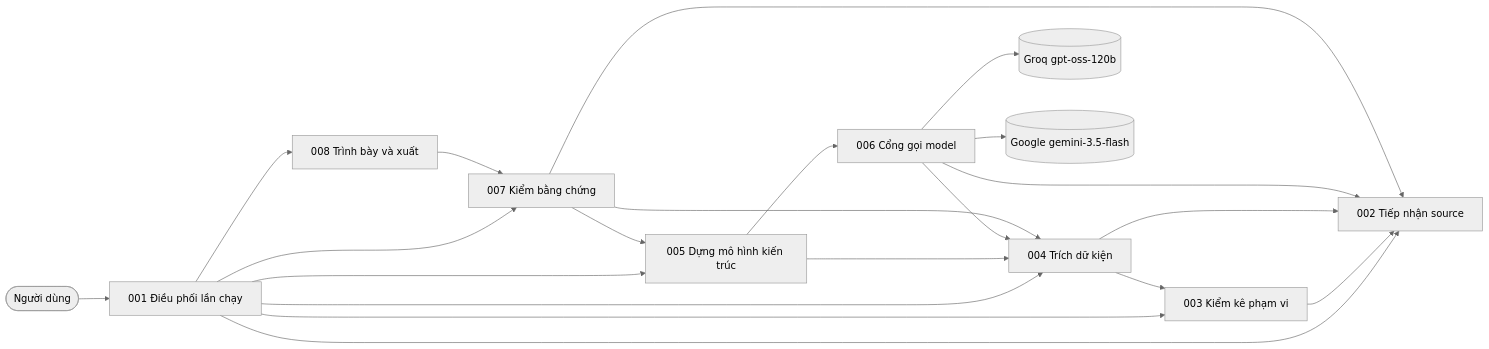
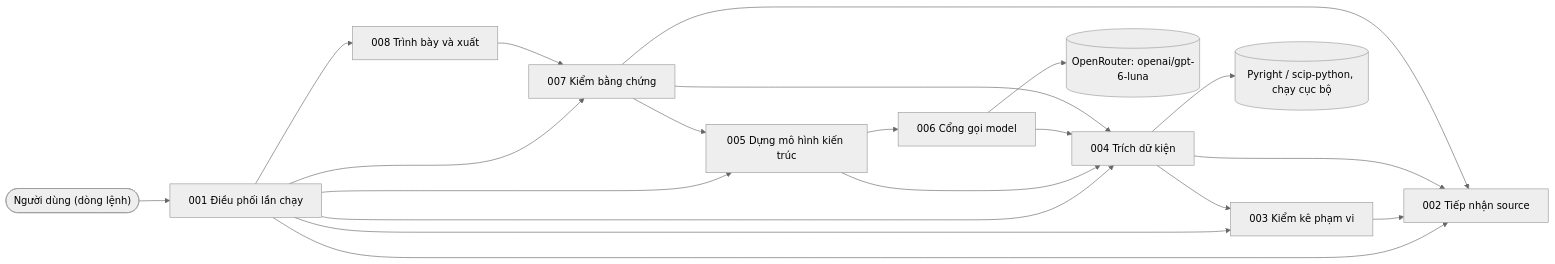
One commit to nchoang1004/l3-generator-fr029 changed the diagram in .aide/generated/architecture-views/AVW-CHG-L3GEN-2026-002.md. Above: the diagram before and after it, drawn with Mermaid (neutral theme). The commit also changed other lines of this file and 24 other files, not shown here.

Commit message:
docs: update architecture and Gate 1 baselines

````diff
--- a/.aide/generated/architecture-views/AVW-CHG-L3GEN-2026-002.md
+++ b/.aide/generated/architecture-views/AVW-CHG-L3GEN-2026-002.md
@@ -18,34 +20,33 @@
 ```mermaid
 flowchart LR
-    U(["Người dùng"])
+    U(["Người dùng (dòng lệnh)"])
     C001["001 Điều phối lần chạy"]
     C002["002 Tiếp nhận source"]
     C003["003 Kiểm kê phạm vi"]
     C004["004 Trích dữ kiện"]
     C005["005 Dựng mô hình kiến trúc"]
     C006["006 Cổng gọi model"]
     C007["007 Kiểm bằng chứng"]
     C008["008 Trình bày và xuất"]
-    G[("Groq gpt-oss-120b")]
-    GG[("Google gemini-3.5-flash")]
+    P[("Pyright / scip-python, chạy cục bộ")]
+    O[("OpenRouter: openai/gpt-6-luna")]
     U --> C001
     C001 --> C002
     C001 --> C003
     C001 --> C004
     C001 --> C005
     C001 --> C007
     C001 --> C008
     C003 --> C002
     C004 --> C002
     C004 --> C003
+    C004 --> P
     C005 --> C004
     C005 --> C006
-    C006 --> C002
     C006 --> C004
+    C006 --> O
     C007 --> C002
     C007 --> C004
     C007 --> C005
     C008 --> C007
-    C006 --> G
-    C006 --> GG
 ```
````
